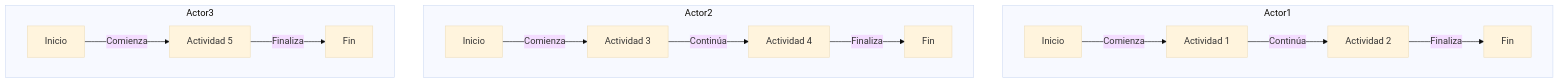
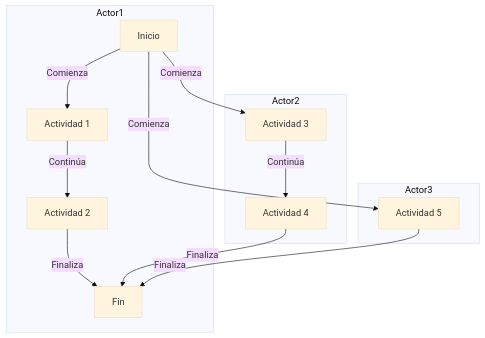
One commit to jpexposito/docencia changed the sixth of 6 diagrams in Primero/ETS/DIAGRAMAS/DIAGRAMAS-ACTIVIDAD/README.md. Above: the diagram before and after it, drawn with Mermaid (base theme).

Commit message:
Se incluye en otro formato

````diff
--- a/Primero/ETS/DIAGRAMAS/DIAGRAMAS-ACTIVIDAD/README.md
+++ b/Primero/ETS/DIAGRAMAS/DIAGRAMAS-ACTIVIDAD/README.md
@@ -142,33 +142,27 @@
 ```mermaid
 graph TD;
+    A[Inicio];
+    B[Actividad 1];
+    C[Actividad 2];
+    D[Actividad 3];
+    E[Actividad 4];
+    F[Actividad 5];
+    G[Fin];
+
     subgraph Actor1
-        A[Inicio];
-        B[Actividad 1];
-        C[Actividad 2];
-        D[Fin];
+        A -->|Comienza| B;
+        B -->|Continúa| C;
+        C -->|Finaliza| G;
     end
 
     subgraph Actor2
-        E[Inicio];
-        F[Actividad 3];
-        G[Actividad 4];
-        H[Fin];
+        A -->|Comienza| D;
+        D -->|Continúa| E;
+        E -->|Finaliza| G;
     end
 
     subgraph Actor3
-        I[Inicio];
-        J[Actividad 5];
-        K[Fin];
+        A -->|Comienza| F;
+        F -->|Finaliza| G;
     end
-
-    A -->|Comienza| B;
-    B -->|Continúa| C;
-    C -->|Finaliza| D;
-
-    E -->|Comienza| F;
-    F -->|Continúa| G;
-    G -->|Finaliza| H;
-
-    I -->|Comienza| J;
-    J -->|Finaliza| K;
 ```
````
